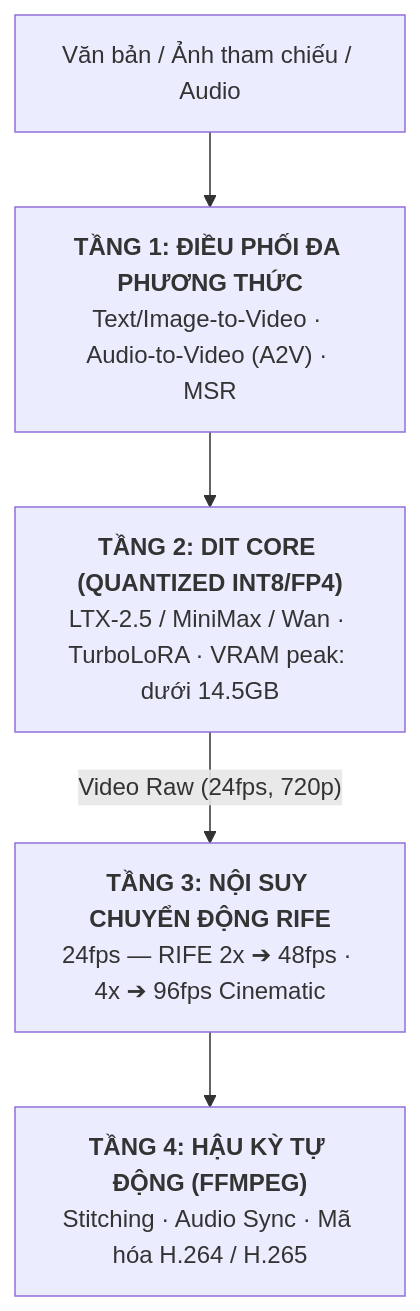
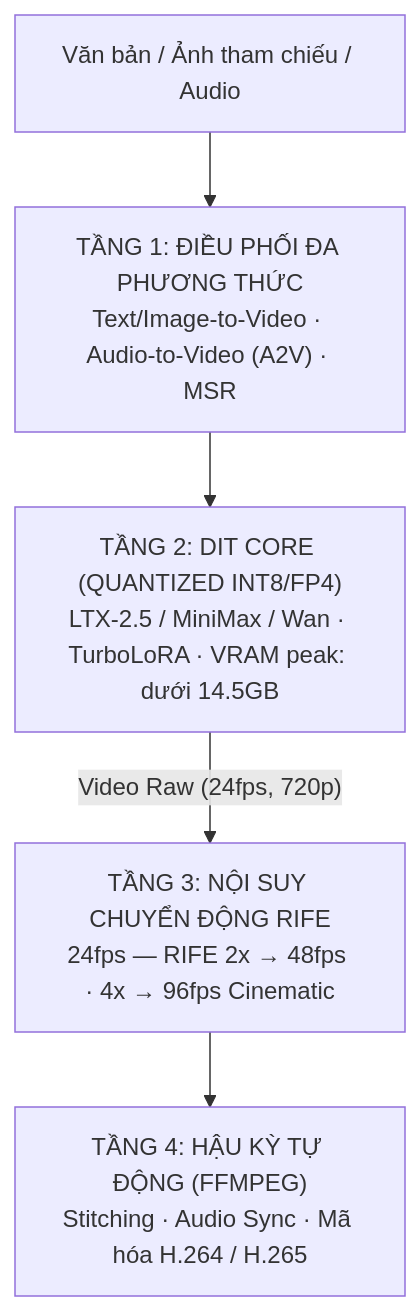
The diagram in content/posts/openvideolab-video-diffusion.md (vinh-gogo/glory-hinody), drawn with Mermaid before and after one commit. The commit also changed 4 other files, not shown here.

Commit message:
fix(mermaid): resolve raw text diagram rendering across all posts and uncache footer partial

````diff
--- a/content/posts/openvideolab-video-diffusion.md
+++ b/content/posts/openvideolab-video-diffusion.md
@@ -41,13 +41,13 @@
 ```mermaid
 flowchart TD
     IN["Văn bản / Ảnh tham chiếu / Audio"] --> T1
 
-    T1["<b>TẦNG 1: ĐIỀU PHỐI ĐA PHƯƠNG THỨC</b><br/>Text/Image-to-Video · Audio-to-Video (A2V) · MSR"]
-    T2["<b>TẦNG 2: DIT CORE (QUANTIZED INT8/FP4)</b><br/>LTX-2.5 / MiniMax / Wan · TurboLoRA · VRAM peak: dưới 14.5GB"]
-    T3["<b>TẦNG 3: NỘI SUY CHUYỂN ĐỘNG RIFE</b><br/>24fps — RIFE 2x ➔ 48fps · 4x ➔ 96fps Cinematic"]
-    T4["<b>TẦNG 4: HẬU KỲ TỰ ĐỘNG (FFMPEG)</b><br/>Stitching · Audio Sync · Mã hóa H.264 / H.265"]
+    T1["TẦNG 1: ĐIỀU PHỐI ĐA PHƯƠNG THỨC<br/>Text/Image-to-Video · Audio-to-Video (A2V) · MSR"]
+    T2["TẦNG 2: DIT CORE (QUANTIZED INT8/FP4)<br/>LTX-2.5 / MiniMax / Wan · TurboLoRA · VRAM peak: dưới 14.5GB"]
+    T3["TẦNG 3: NỘI SUY CHUYỂN ĐỘNG RIFE<br/>24fps — RIFE 2x → 48fps · 4x → 96fps Cinematic"]
+    T4["TẦNG 4: HẬU KỲ TỰ ĐỘNG (FFMPEG)<br/>Stitching · Audio Sync · Mã hóa H.264 / H.265"]
 
     T1 --> T2
     T2 -->|"Video Raw (24fps, 720p)"| T3
     T3 --> T4
 ```
````
